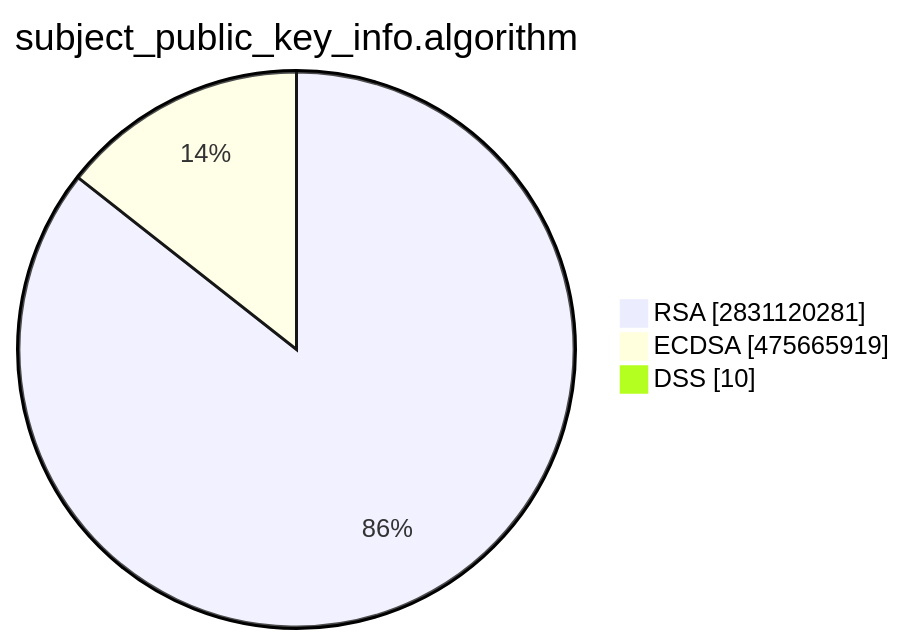
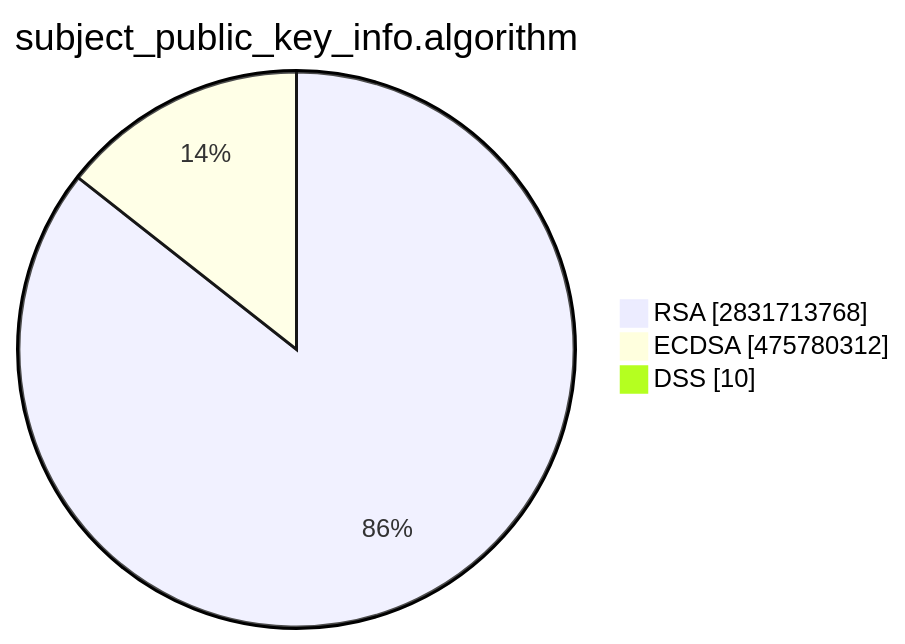
The second of 15 diagrams in TOTAL/README.md (christiankrug/ctmonitor_visualization), drawn with Mermaid before and after one commit. The commit also changed other lines of this file, not shown here.

````diff
--- a/TOTAL/README.md
+++ b/TOTAL/README.md
@@ -6,7 +6,7 @@
 ```mermaid
 pie showData
 title subject_public_key_info.algorithm
-"RSA" :2831120281
-"ECDSA" :475665919
+"RSA" :2831713768
+"ECDSA" :475780312
 "DSS" :10
 ```
````
